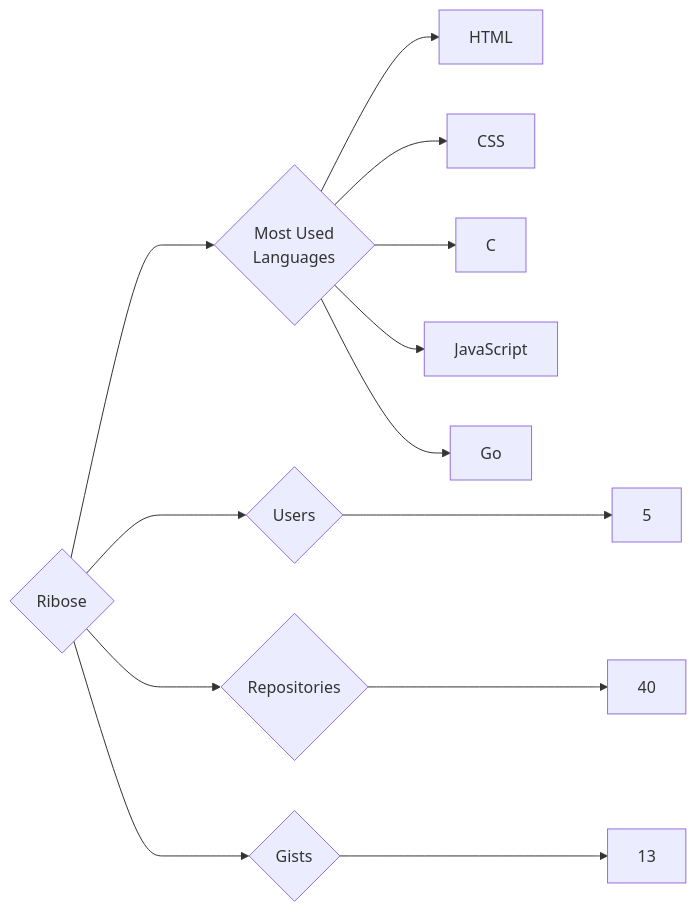
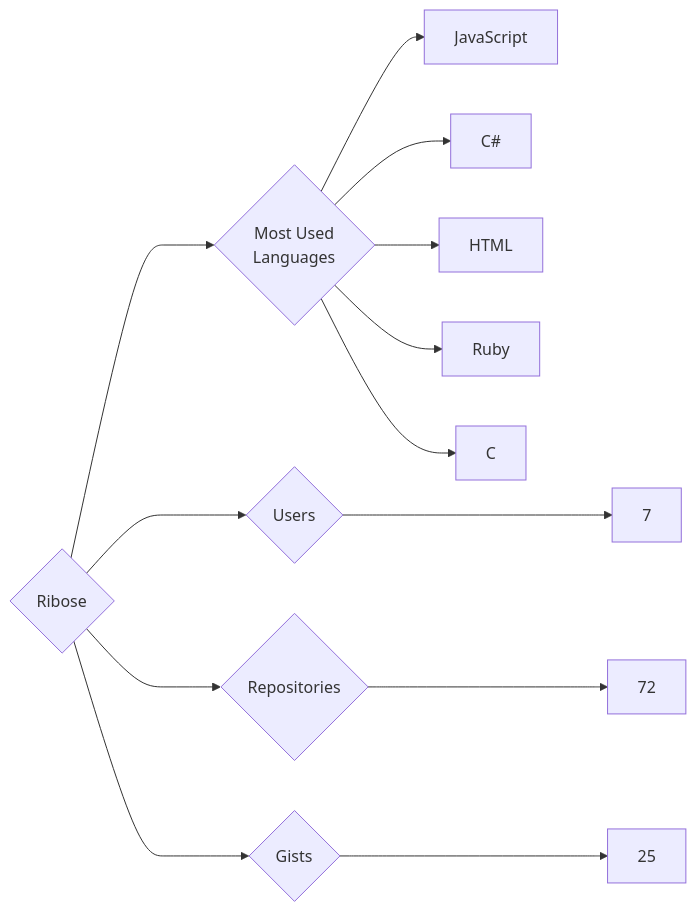
Before and after one commit to trickest/insiders: the diagram in targets/Ribose/README.md, drawn with Mermaid. The commit also changed 1479 other files, not shown here.

````diff
--- a/targets/Ribose/README.md
+++ b/targets/Ribose/README.md
@@ -3,13 +3,13 @@
 ```mermaid
 graph LR
 COMPANY_NAME{Ribose}
-COMPANY_NAME ---> U{Users} ---> UN[5]
-COMPANY_NAME ---> R{Repositories} ---> RN[40]
-COMPANY_NAME ---> G{Gists} ---> GN[13]
+COMPANY_NAME ---> U{Users} ---> UN[7]
+COMPANY_NAME ---> R{Repositories} ---> RN[72]
+COMPANY_NAME ---> G{Gists} ---> GN[25]
 COMPANY_NAME ---> ML{Most Used<br>Languages}
+ML --> JavaScript[JavaScript]
+ML --> C#[C#]
 ML --> HTML[HTML]
-ML --> CSS[CSS]
+ML --> Ruby[Ruby]
 ML --> C[C]
-ML --> JavaScript[JavaScript]
-ML --> Go[Go]
 ```
````
